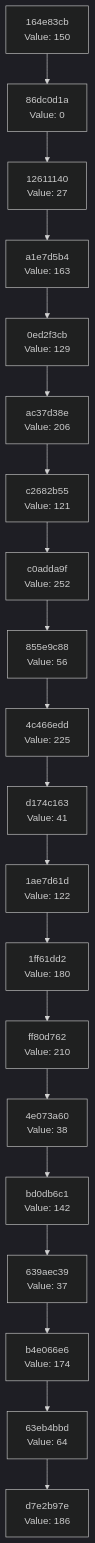
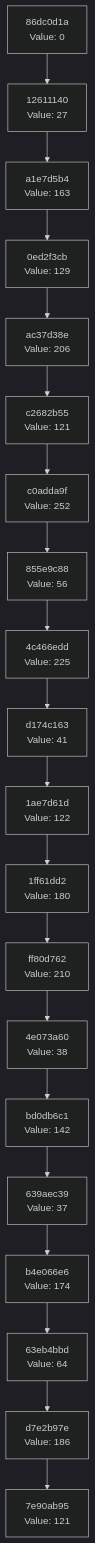
One commit to Abhisheksinha1506/hash-chain-evolver changed the diagram in docs/CHAIN_VISUALIZATION.md. Above: the diagram before and after it, drawn with Mermaid (dark theme). The commit also changed 2 other files, not shown here.

Commit message:
Evolution step: hash 0x79 → action executed

````diff
--- a/docs/CHAIN_VISUALIZATION.md
+++ b/docs/CHAIN_VISUALIZATION.md
@@ -3,42 +3,42 @@
 ```mermaid
 graph TD
-    C0["d7e2b97e<br/>Value: 186"]
-    C1["63eb4bbd<br/>Value: 64"]
+    C0["7e90ab95<br/>Value: 121"]
+    C1["d7e2b97e<br/>Value: 186"]
     C1 --> C0
-    C2["b4e066e6<br/>Value: 174"]
+    C2["63eb4bbd<br/>Value: 64"]
     C2 --> C1
-    C3["639aec39<br/>Value: 37"]
+    C3["b4e066e6<br/>Value: 174"]
     C3 --> C2
-    C4["bd0db6c1<br/>Value: 142"]
+    C4["639aec39<br/>Value: 37"]
     C4 --> C3
-    C5["4e073a60<br/>Value: 38"]
+    C5["bd0db6c1<br/>Value: 142"]
     C5 --> C4
-    C6["ff80d762<br/>Value: 210"]
+    C6["4e073a60<br/>Value: 38"]
     C6 --> C5
-    C7["1ff61dd2<br/>Value: 180"]
+    C7["ff80d762<br/>Value: 210"]
     C7 --> C6
-    C8["1ae7d61d<br/>Value: 122"]
+    C8["1ff61dd2<br/>Value: 180"]
     C8 --> C7
-    C9["d174c163<br/>Value: 41"]
+    C9["1ae7d61d<br/>Value: 122"]
     C9 --> C8
-    C10["4c466edd<br/>Value: 225"]
+    C10["d174c163<br/>Value: 41"]
     C10 --> C9
-    C11["855e9c88<br/>Value: 56"]
+    C11["4c466edd<br/>Value: 225"]
     C11 --> C10
-    C12["c0adda9f<br/>Value: 252"]
+    C12["855e9c88<br/>Value: 56"]
     C12 --> C11
-    C13["c2682b55<br/>Value: 121"]
+    C13["c0adda9f<br/>Value: 252"]
     C13 --> C12
-    C14["ac37d38e<br/>Value: 206"]
+    C14["c2682b55<br/>Value: 121"]
     C14 --> C13
-    C15["0ed2f3cb<br/>Value: 129"]
+    C15["ac37d38e<br/>Value: 206"]
     C15 --> C14
-    C16["a1e7d5b4<br/>Value: 163"]
+    C16["0ed2f3cb<br/>Value: 129"]
     C16 --> C15
-    C17["12611140<br/>Value: 27"]
+    C17["a1e7d5b4<br/>Value: 163"]
     C17 --> C16
-    C18["86dc0d1a<br/>Value: 0"]
+    C18["12611140<br/>Value: 27"]
     C18 --> C17
-    C19["164e83cb<br/>Value: 150"]
+    C19["86dc0d1a<br/>Value: 0"]
     C19 --> C18
 ```
````
